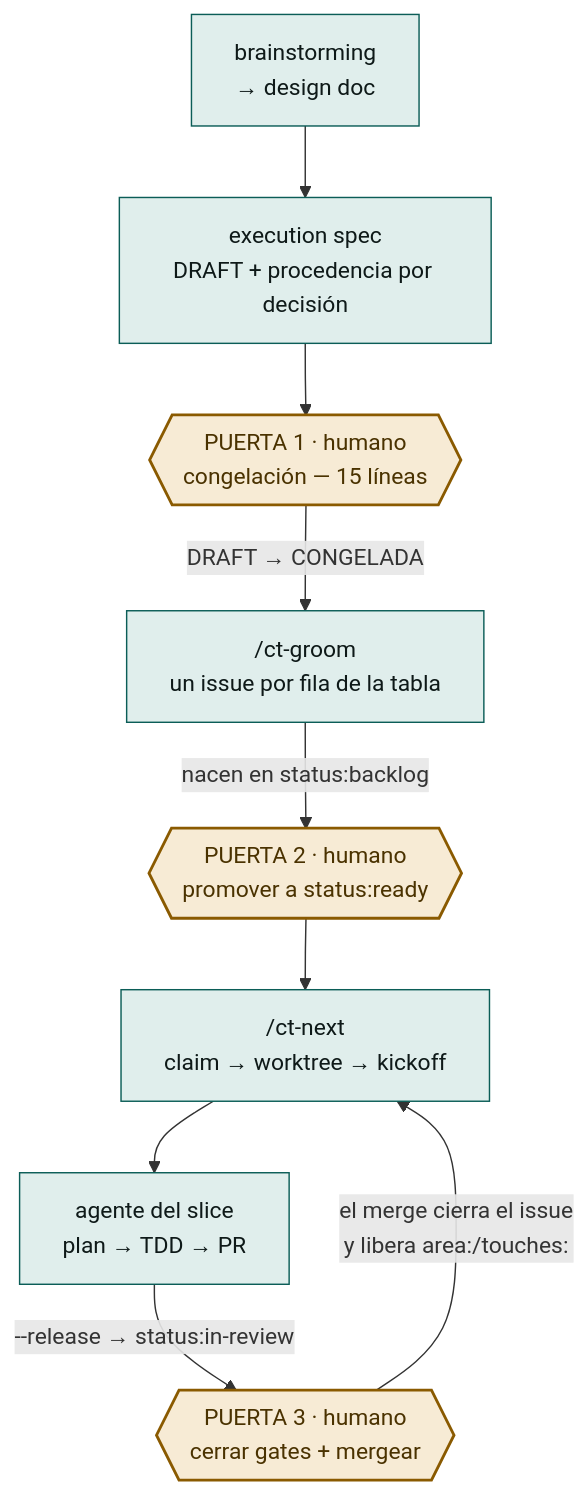
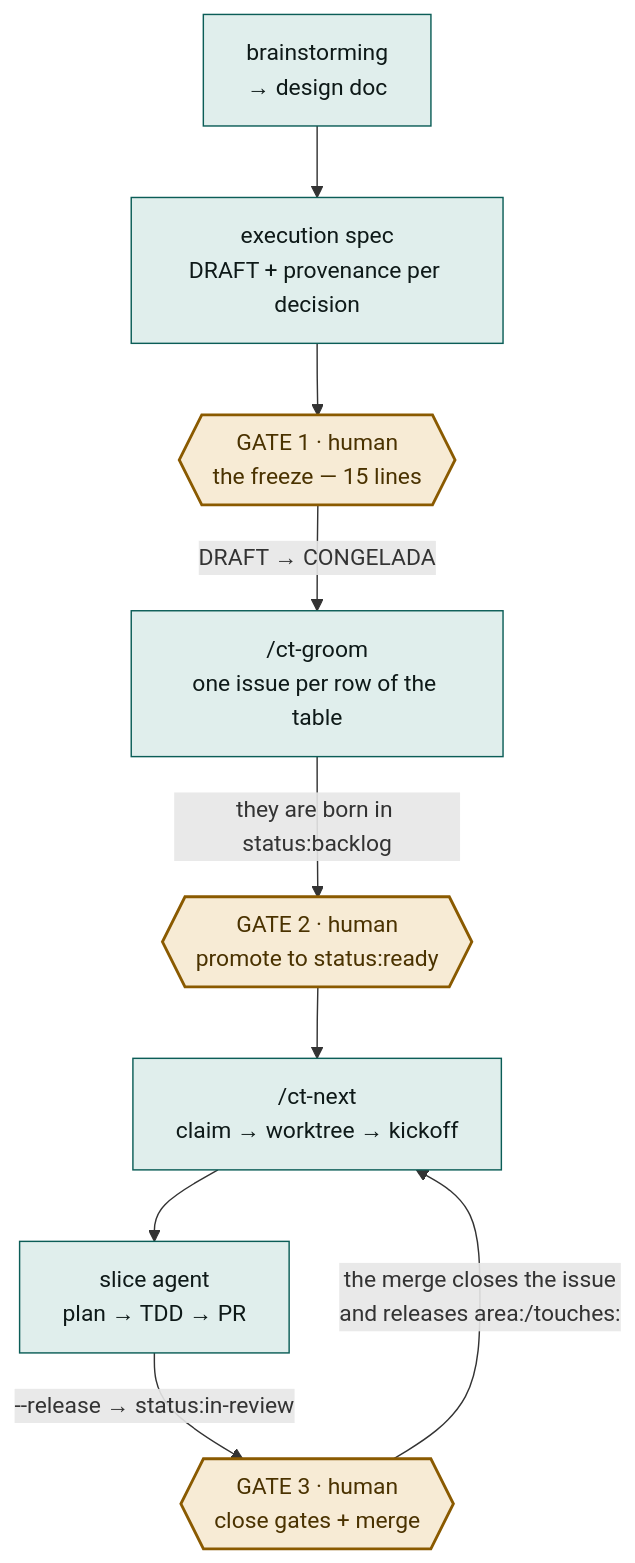
One commit to mercadona/control-tower changed the first of 2 diagrams in plugin/README.md. Above: the diagram before and after it, drawn with Mermaid. The commit also changed other lines of this file and 63 other files, not shown here.

````diff
--- a/plugin/README.md
+++ b/plugin/README.md
@@ -40,16 +40,16 @@
 ```mermaid
 flowchart TD
-    A["brainstorming<br/>→ design doc"] --> B["execution spec<br/>DRAFT + procedencia por decisión"]
-    B --> G1{{"PUERTA 1 · humano<br/>congelación — 15 líneas"}}
-    G1 -->|"DRAFT → CONGELADA"| C["/ct-groom<br/>un issue por fila de la tabla"]
-    C -->|"nacen en status:backlog"| G2{{"PUERTA 2 · humano<br/>promover a status:ready"}}
+    A["brainstorming<br/>→ design doc"] --> B["execution spec<br/>DRAFT + provenance per decision"]
+    B --> G1{{"GATE 1 · human<br/>the freeze — 15 lines"}}
+    G1 -->|"DRAFT → CONGELADA"| C["/ct-groom<br/>one issue per row of the table"]
+    C -->|"they are born in status:backlog"| G2{{"GATE 2 · human<br/>promote to status:ready"}}
     G2 --> D["/ct-next<br/>claim → worktree → kickoff"]
-    D --> E["agente del slice<br/>plan → TDD → PR"]
-    E -->|"--release → status:in-review"| G3{{"PUERTA 3 · humano<br/>cerrar gates + mergear"}}
-    G3 -->|"el merge cierra el issue<br/>y libera area:/touches:"| D
+    D --> E["slice agent<br/>plan → TDD → PR"]
+    E -->|"--release → status:in-review"| G3{{"GATE 3 · human<br/>close gates + merge"}}
+    G3 -->|"the merge closes the issue<br/>and releases area:/touches:"| D
 
     classDef gate fill:#f7ebd5,stroke:#8a5a00,stroke-width:2px,color:#4a3200;
     classDef auto fill:#e0eeec,stroke:#0b5d57,color:#0e1918;
     class G1,G2,G3 gate
     class A,B,C,D,E auto
 ```
````
